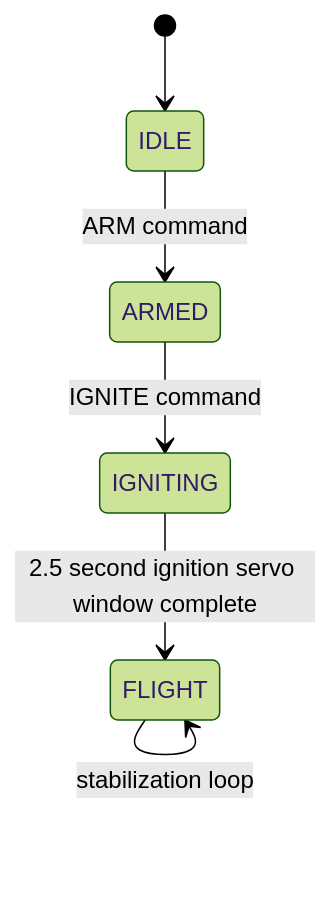
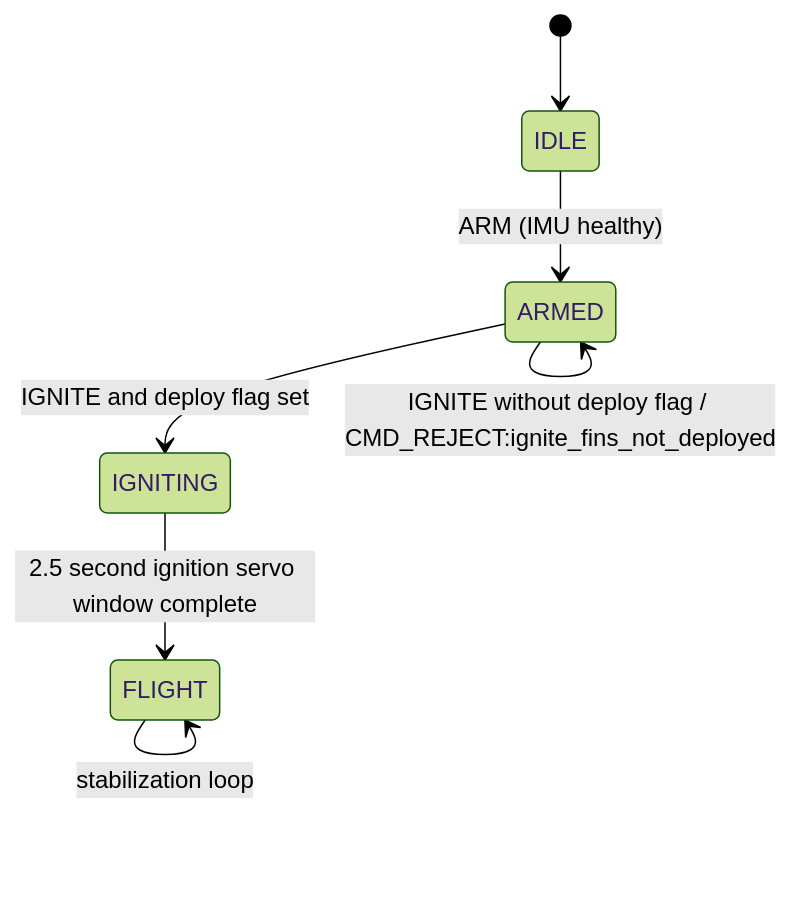
One commit to topherchris420/33 changed the third of 4 diagrams in docs/ARCHITECTURE.md. Above: the diagram before and after it, drawn with Mermaid (forest theme). The commit also changed other lines of this file and 112 other files, not shown here.

````diff
--- a/docs/ARCHITECTURE.md
+++ b/docs/ARCHITECTURE.md
@@ -51,8 +51,9 @@
 ```mermaid
 stateDiagram-v2
     [*] --> IDLE
-    IDLE --> ARMED: ARM command
-    ARMED --> IGNITING: IGNITE command
+    IDLE --> ARMED: ARM (IMU healthy)
+    ARMED --> IGNITING: IGNITE and deploy flag set
+    ARMED --> ARMED: IGNITE without deploy flag / CMD_REJECT:ignite_fins_not_deployed
     IGNITING --> FLIGHT: 2.5 second ignition servo window complete
     FLIGHT --> FLIGHT: stabilization loop
 ```
````
